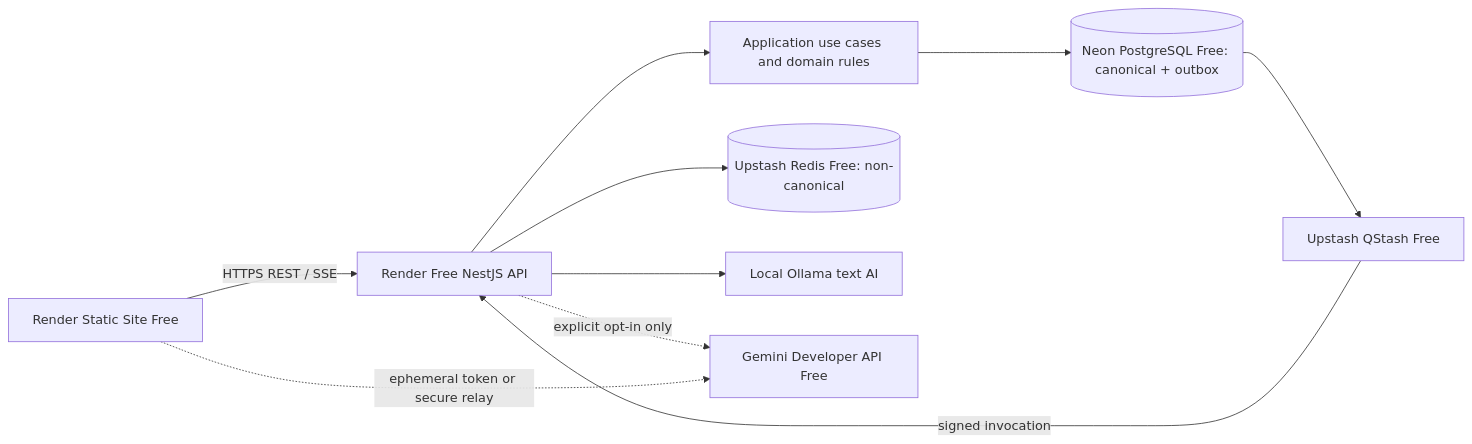
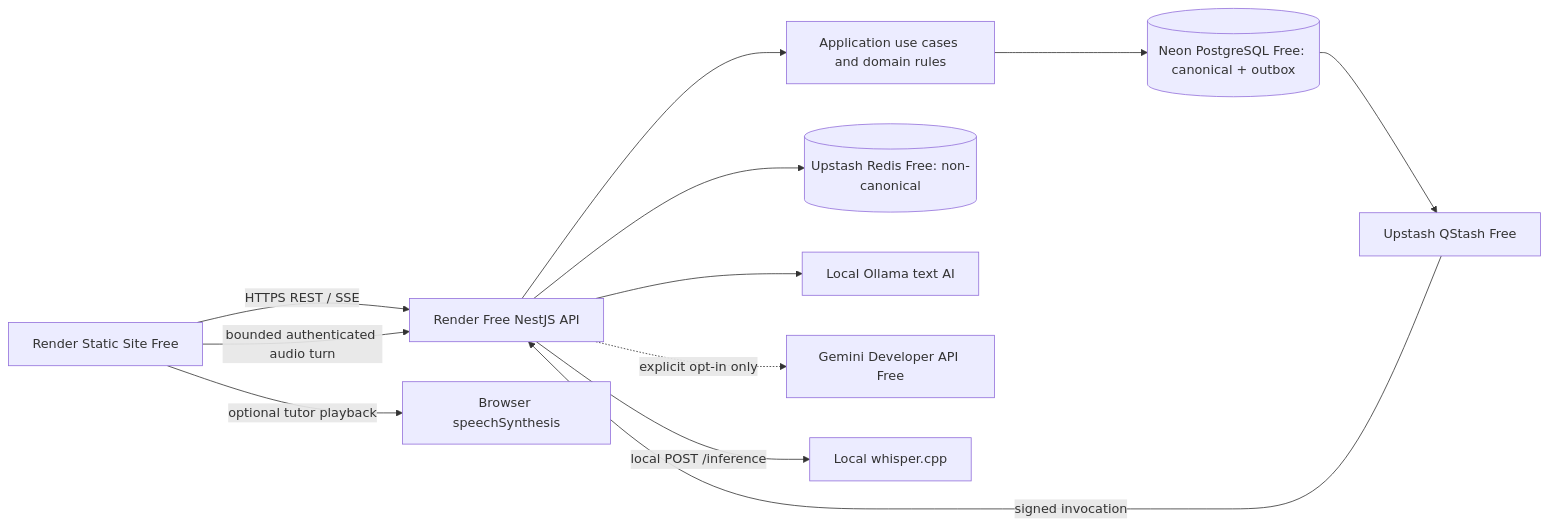
Before and after one commit to ByCur/fluentcoach-ai: the diagram in SPEC.md, drawn with Mermaid. The commit also changed other lines of this file and 31 other files, not shown here.

````diff
--- a/SPEC.md
+++ b/SPEC.md
@@ -97,12 +97,14 @@
 ```mermaid
 flowchart LR
   Web[Render Static Site Free] -->|HTTPS REST / SSE| API[Render Free NestJS API]
   API --> App[Application use cases and domain rules]
   App --> PG[(Neon PostgreSQL Free: canonical + outbox)]
   API --> Redis[(Upstash Redis Free: non-canonical)]
   PG --> Q[Upstash QStash Free]
   Q -->|signed invocation| API
   API --> Ollama[Local Ollama text AI]
   API -. explicit opt-in only .-> Gemini[Gemini Developer API Free]
-  Web -. ephemeral token or secure relay .-> Gemini
+  Web -->|bounded authenticated audio turn| API
+  API -->|local POST /inference| Whisper[Local whisper.cpp]
+  Web -->|optional tutor playback| TTS[Browser speechSynthesis]
 ```
````
